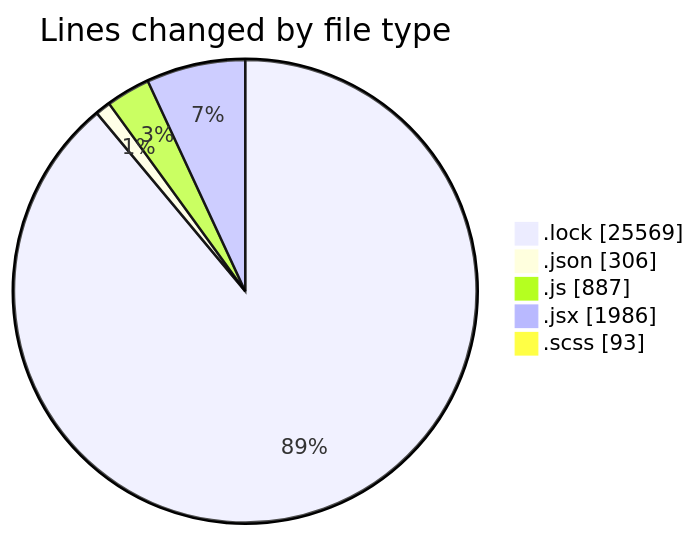
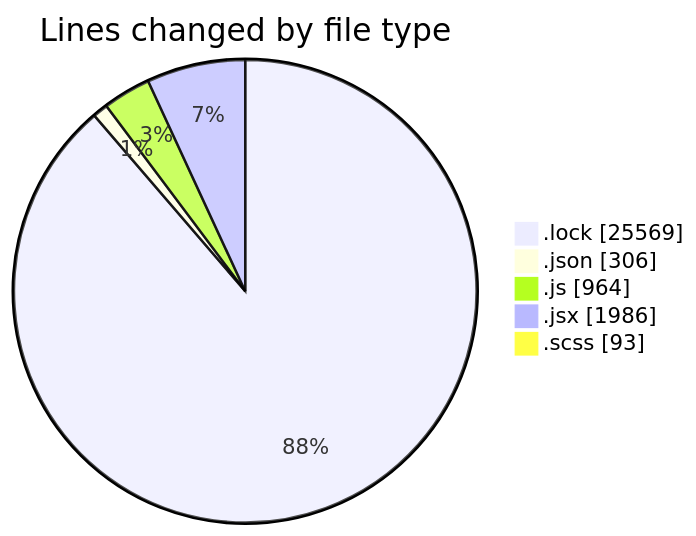
The first of 2 diagrams in 2026-01-07/cda/README.md (momahboobian/code-tracking), drawn with Mermaid before and after one commit. The commit also changed other lines of this file and 1 other file, not shown here.

````diff
--- a/2026-01-07/cda/README.md
+++ b/2026-01-07/cda/README.md
@@ -41,9 +42,9 @@
 ```mermaid
 pie showData
 title Lines changed by file type
 ".lock" : 25569
 ".json" : 306
-".js" : 887
+".js" : 964
 ".jsx" : 1986
 ".scss" : 93
 ```
````
